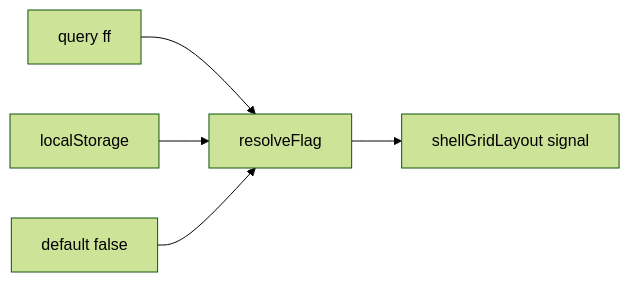
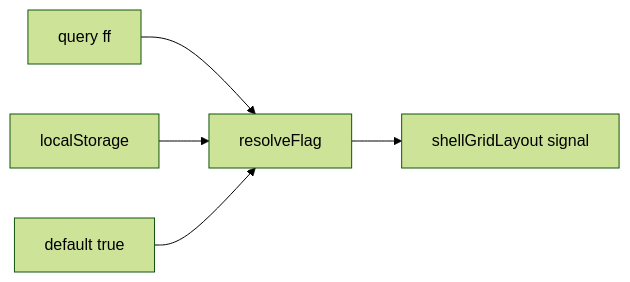
The first of 2 diagrams in docs/specs/service/feature-flags/feature-flags.md (matkleve/feldpost), drawn with Mermaid (forest theme) before and after one commit. The commit also changed other lines of this file and 157 other files, not shown here.

````diff
--- a/docs/specs/service/feature-flags/feature-flags.md
+++ b/docs/specs/service/feature-flags/feature-flags.md
@@ -73,7 +73,7 @@
 ```mermaid
 flowchart LR
   url[query ff] --> helper[resolveFlag]
   store[localStorage] --> helper
-  types[default false] --> helper
+  types[default true] --> helper
   helper --> signal[shellGridLayout signal]
 ```
````
